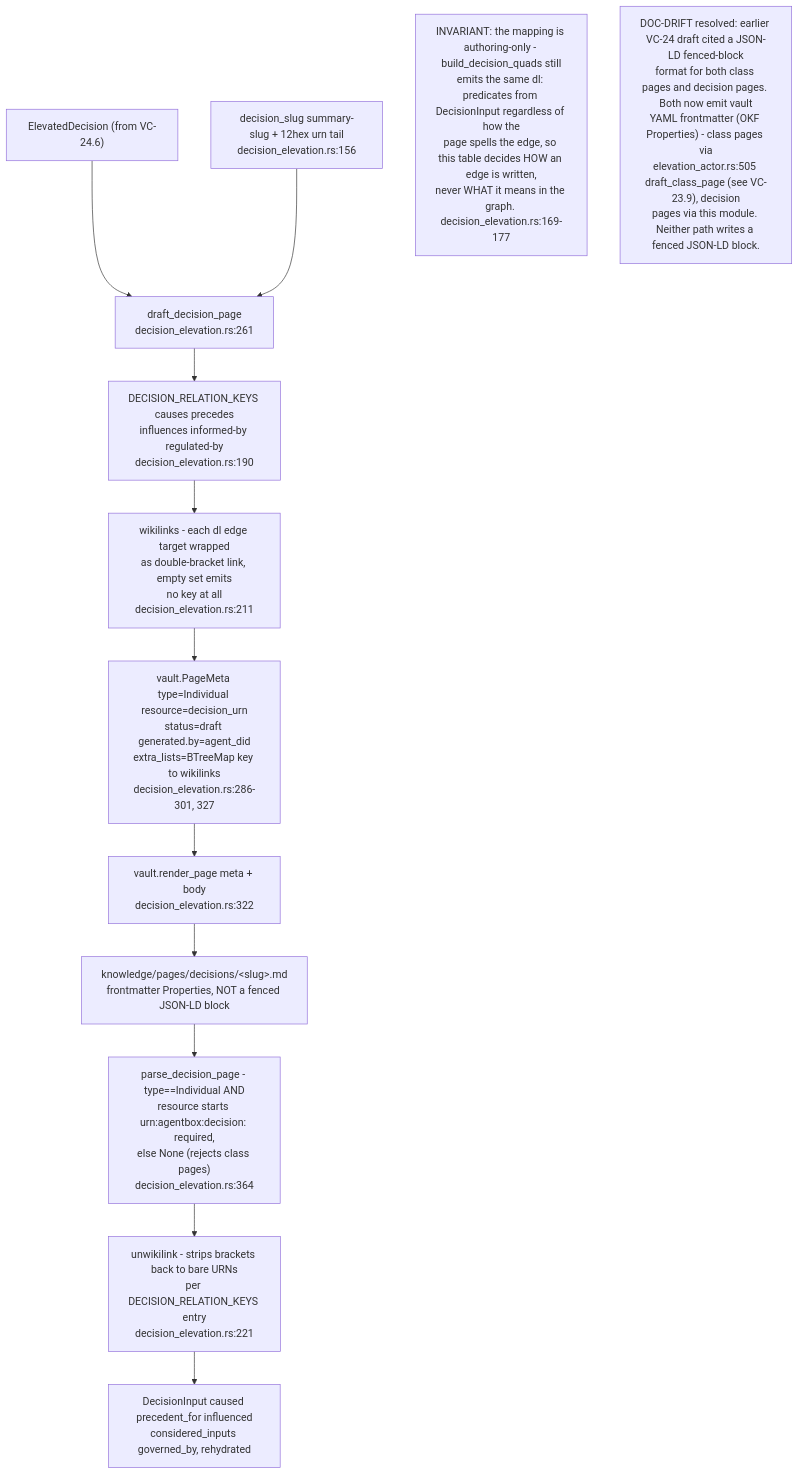
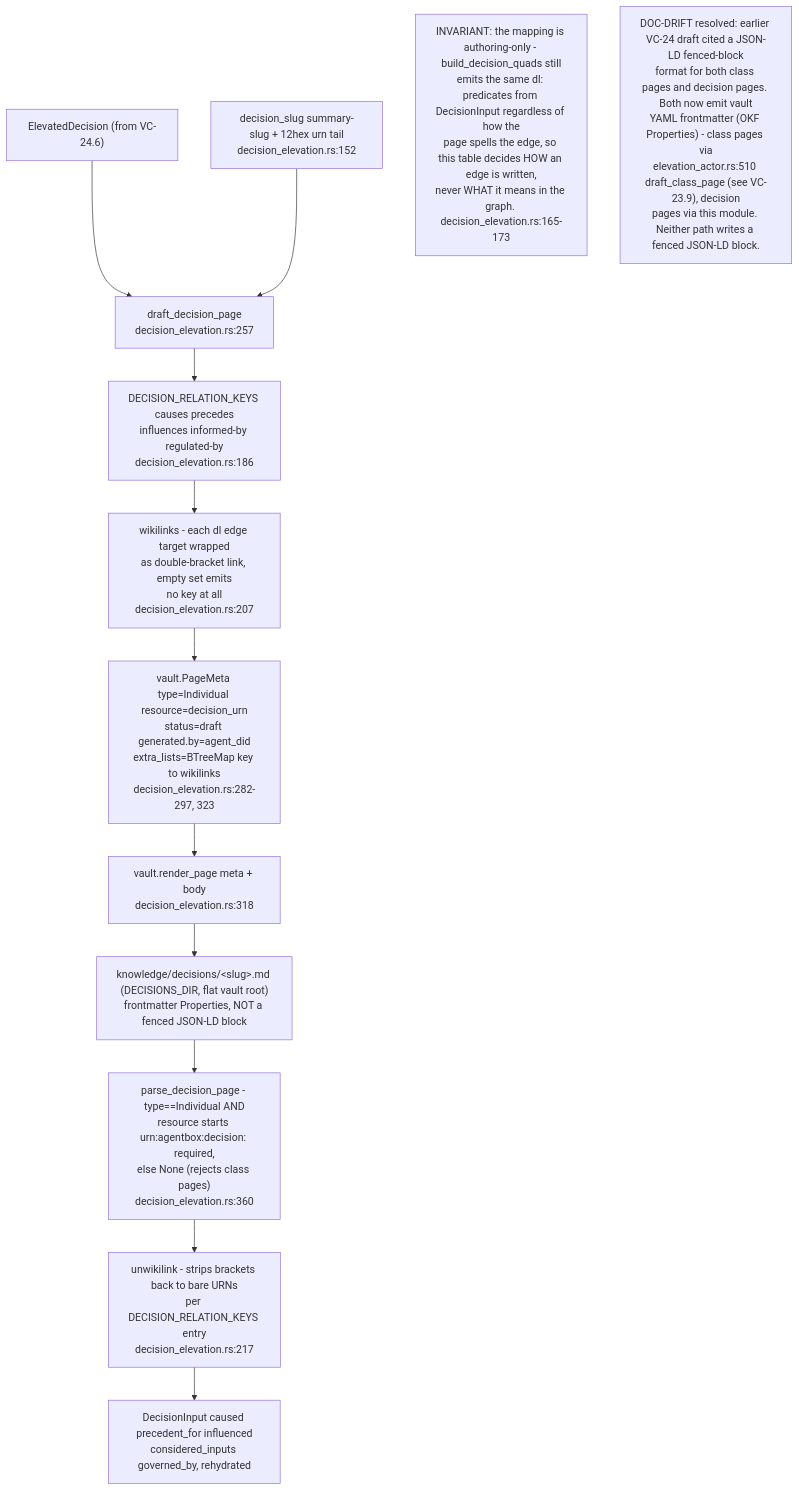
Diagram 11 of 12 in docs/diagrams/visionclaw/24-acsp-decision-elevation.md (DreamLab-AI/VisionFlow), drawn with Mermaid before and after one commit. The commit also changed other lines of this file and 160 other files, not shown here.

````diff
--- a/docs/diagrams/visionclaw/24-acsp-decision-elevation.md
+++ b/docs/diagrams/visionclaw/24-acsp-decision-elevation.md
@@ -394,15 +400,15 @@
 ```mermaid
 flowchart TB
-    DEC["ElevatedDecision (from VC-24.6)"] --> DRAFT["draft_decision_page<br/>decision_elevation.rs:261"]
-    SLUG["decision_slug summary-slug + 12hex urn tail<br/>decision_elevation.rs:156"] --> DRAFT
-    DRAFT --> KEYS["DECISION_RELATION_KEYS causes precedes<br/>influences informed-by regulated-by<br/>decision_elevation.rs:190"]
-    KEYS --> WL["wikilinks - each dl edge target wrapped<br/>as double-bracket link, empty set emits<br/>no key at all<br/>decision_elevation.rs:211"]
-    WL --> META["vault.PageMeta type=Individual resource=decision_urn<br/>status=draft generated.by=agent_did<br/>extra_lists=BTreeMap key to wikilinks<br/>decision_elevation.rs:286-301, 327"]
-    META --> RENDER["vault.render_page meta + body<br/>decision_elevation.rs:322"]
-    RENDER --> PAGE["knowledge/pages/decisions/&lt;slug&gt;.md<br/>frontmatter Properties, NOT a fenced JSON-LD block"]
-    PAGE --> PARSE["parse_decision_page - type==Individual AND<br/>resource starts urn:agentbox:decision: required,<br/>else None (rejects class pages)<br/>decision_elevation.rs:364"]
-    PARSE --> UNWL["unwikilink - strips brackets back to bare URNs<br/>per DECISION_RELATION_KEYS entry<br/>decision_elevation.rs:221"]
+    DEC["ElevatedDecision (from VC-24.6)"] --> DRAFT["draft_decision_page<br/>decision_elevation.rs:257"]
+    SLUG["decision_slug summary-slug + 12hex urn tail<br/>decision_elevation.rs:152"] --> DRAFT
+    DRAFT --> KEYS["DECISION_RELATION_KEYS causes precedes<br/>influences informed-by regulated-by<br/>decision_elevation.rs:186"]
+    KEYS --> WL["wikilinks - each dl edge target wrapped<br/>as double-bracket link, empty set emits<br/>no key at all<br/>decision_elevation.rs:207"]
+    WL --> META["vault.PageMeta type=Individual resource=decision_urn<br/>status=draft generated.by=agent_did<br/>extra_lists=BTreeMap key to wikilinks<br/>decision_elevation.rs:282-297, 323"]
+    META --> RENDER["vault.render_page meta + body<br/>decision_elevation.rs:318"]
+    RENDER --> PAGE["knowledge/decisions/&lt;slug&gt;.md (DECISIONS_DIR, flat vault root)<br/>frontmatter Properties, NOT a fenced JSON-LD block"]
+    PAGE --> PARSE["parse_decision_page - type==Individual AND<br/>resource starts urn:agentbox:decision: required,<br/>else None (rejects class pages)<br/>decision_elevation.rs:360"]
+    PARSE --> UNWL["unwikilink - strips brackets back to bare URNs<br/>per DECISION_RELATION_KEYS entry<br/>decision_elevation.rs:217"]
     UNWL --> IN["DecisionInput caused precedent_for influenced<br/>considered_inputs governed_by, rehydrated"]
-    Note1["INVARIANT: the mapping is authoring-only - build_decision_quads still<br/>emits the same dl: predicates from DecisionInput regardless of how the<br/>page spells the edge, so this table decides HOW an edge is written,<br/>never WHAT it means in the graph. decision_elevation.rs:169-177"]
-    Note2["DOC-DRIFT resolved: earlier VC-24 draft cited a JSON-LD fenced-block<br/>format for both class pages and decision pages. Both now emit vault<br/>YAML frontmatter (OKF Properties) - class pages via<br/>elevation_actor.rs:505 draft_class_page (see VC-23.9), decision<br/>pages via this module. Neither path writes a fenced JSON-LD block."]
+    Note1["INVARIANT: the mapping is authoring-only - build_decision_quads still<br/>emits the same dl: predicates from DecisionInput regardless of how the<br/>page spells the edge, so this table decides HOW an edge is written,<br/>never WHAT it means in the graph. decision_elevation.rs:165-173"]
+    Note2["DOC-DRIFT resolved: earlier VC-24 draft cited a JSON-LD fenced-block<br/>format for both class pages and decision pages. Both now emit vault<br/>YAML frontmatter (OKF Properties) - class pages via<br/>elevation_actor.rs:510 draft_class_page (see VC-23.9), decision<br/>pages via this module. Neither path writes a fenced JSON-LD block."]
 ```
````
